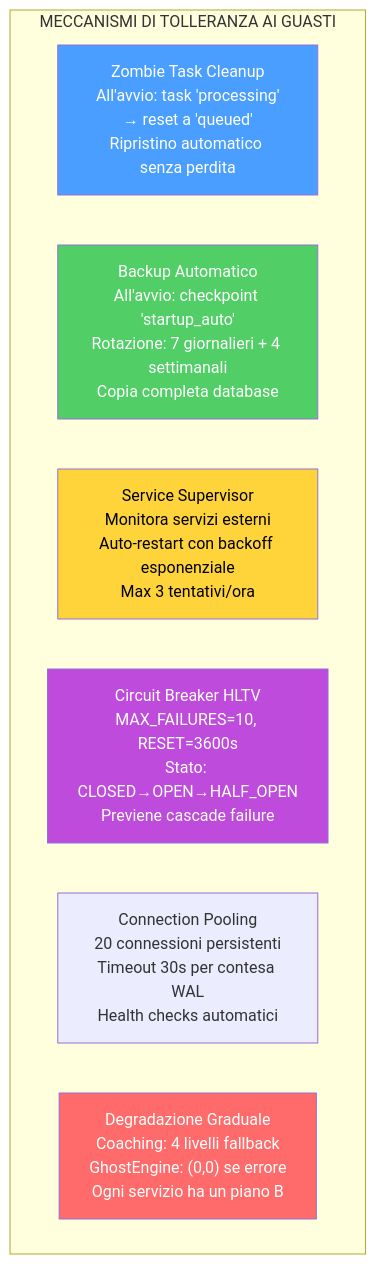
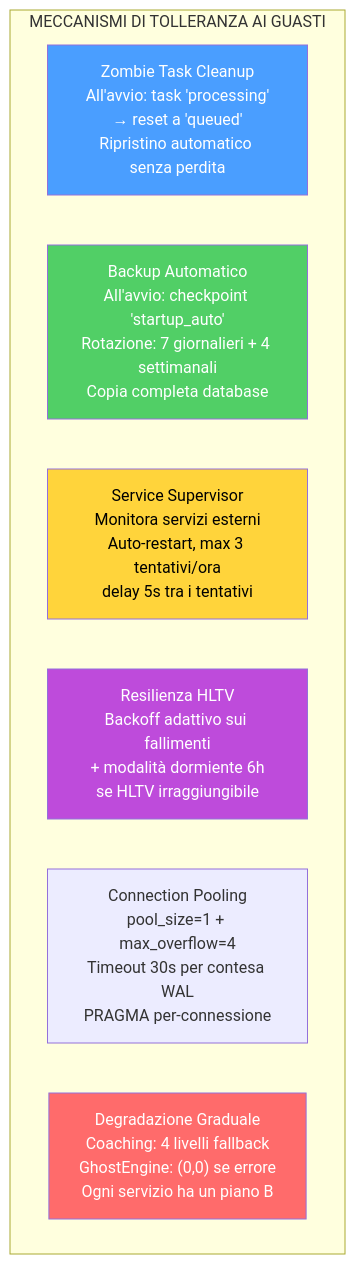
Diagram 29 of 52 in docs/books/Book-Coach-3.md (renanaugustomacena-ux/Counter-Strike-coach-AI), drawn with Mermaid before and after one commit. The commit also changed other lines of this file and 4 other files, not shown here.

````diff
--- a/docs/books/Book-Coach-3.md
+++ b/docs/books/Book-Coach-3.md
@@ -1750,17 +1762,17 @@
 ```mermaid
 flowchart TB
     subgraph RECOVERY["MECCANISMI DI TOLLERANZA AI GUASTI"]
         ZTC["Zombie Task Cleanup<br/>All'avvio: task 'processing'<br/>→ reset a 'queued'<br/>Ripristino automatico senza perdita"]
         BAK["Backup Automatico<br/>All'avvio: checkpoint 'startup_auto'<br/>Rotazione: 7 giornalieri + 4 settimanali<br/>Copia completa database"]
-        SUP["Service Supervisor<br/>Monitora servizi esterni<br/>Auto-restart con backoff esponenziale<br/>Max 3 tentativi/ora"]
-        CB["Circuit Breaker HLTV<br/>MAX_FAILURES=10, RESET=3600s<br/>Stato: CLOSED→OPEN→HALF_OPEN<br/>Previene cascade failure"]
-        POOL["Connection Pooling<br/>20 connessioni persistenti<br/>Timeout 30s per contesa WAL<br/>Health checks automatici"]
+        SUP["Service Supervisor<br/>Monitora servizi esterni<br/>Auto-restart, max 3 tentativi/ora<br/>delay 5s tra i tentativi"]
+        CB["Resilienza HLTV<br/>Backoff adattivo sui fallimenti<br/>+ modalità dormiente 6h<br/>se HLTV irraggiungibile"]
+        POOL["Connection Pooling<br/>pool_size=1 + max_overflow=4<br/>Timeout 30s per contesa WAL<br/>PRAGMA per-connessione"]
         GRACE["Degradazione Graduale<br/>Coaching: 4 livelli fallback<br/>GhostEngine: (0,0) se errore<br/>Ogni servizio ha un piano B"]
     end
 
     style ZTC fill:#4a9eff,color:#fff
     style BAK fill:#51cf66,color:#fff
     style SUP fill:#ffd43b,color:#000
     style CB fill:#be4bdb,color:#fff
     style GRACE fill:#ff6b6b,color:#fff
 ```
````
